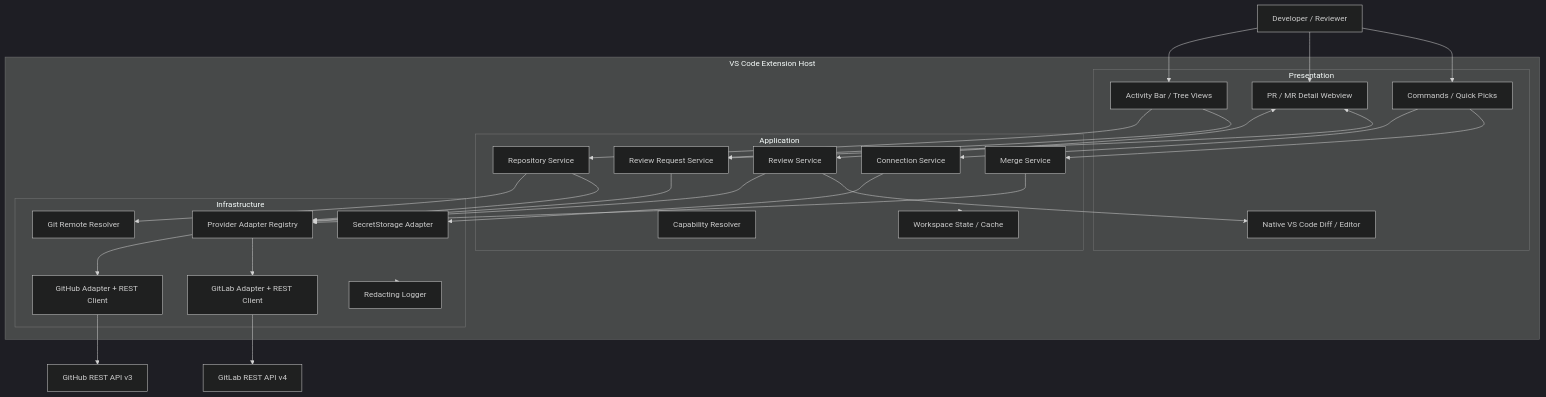
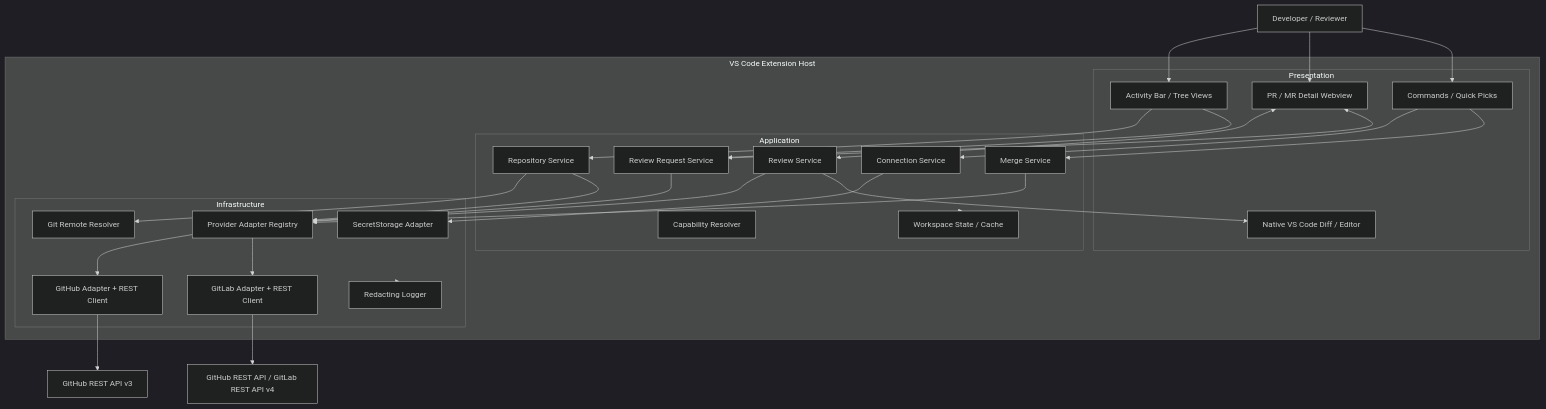
One commit to minh-lb/vscode-reviewdock changed the first of 5 diagrams in docs/SDS.md. Above: the diagram before and after it, drawn with Mermaid (dark theme). The commit also changed other lines of this file and 2 other files, not shown here.

```diff
--- a/docs/SDS.md
+++ b/docs/SDS.md
@@ -39,53 +39,53 @@
 ~~~mermaid
 flowchart TB
   User[Developer / Reviewer]
   subgraph VSCode[VS Code Extension Host]
     subgraph Presentation[Presentation]
       Tree[Activity Bar / Tree Views]
       Panel[PR / MR Detail Webview]
       Commands[Commands / Quick Picks]
       Editor[Native VS Code Diff / Editor]
     end
     subgraph Application[Application]
       Connection[Connection Service]
       Repository[Repository Service]
       ReviewRequest[Review Request Service]
       Review[Review Service]
       Merge[Merge Service]
       Capability[Capability Resolver]
       State[Workspace State / Cache]
     end
     subgraph Infrastructure[Infrastructure]
       Registry[Provider Adapter Registry]
       GitHub[GitHub Adapter + REST Client]
       GitLab[GitLab Adapter + REST Client]
       Secret[SecretStorage Adapter]
       Git[Git Remote Resolver]
       Logger[Redacting Logger]
     end
   end
   GitHubAPI[GitHub REST API v3]
-  GitLabAPI[GitLab REST API v4]
+  GitLabAPI[GitHub REST API / GitLab REST API v4]
   User --> Tree
   User --> Panel
   User --> Commands
   Tree --> Repository
   Tree --> ReviewRequest
   Panel <--> Review
   Panel <--> ReviewRequest
   Commands --> Connection
   Commands --> Merge
   Connection --> Secret
   Repository --> Git
   Repository --> Registry
   ReviewRequest --> Registry
   Review --> Registry
   Merge --> Registry
   Registry --> GitHub
   Registry --> GitLab
   GitHub --> GitHubAPI
   GitLab --> GitLabAPI
   Application --> State
   Infrastructure --> Logger
   Review --> Editor
 ~~~
```
